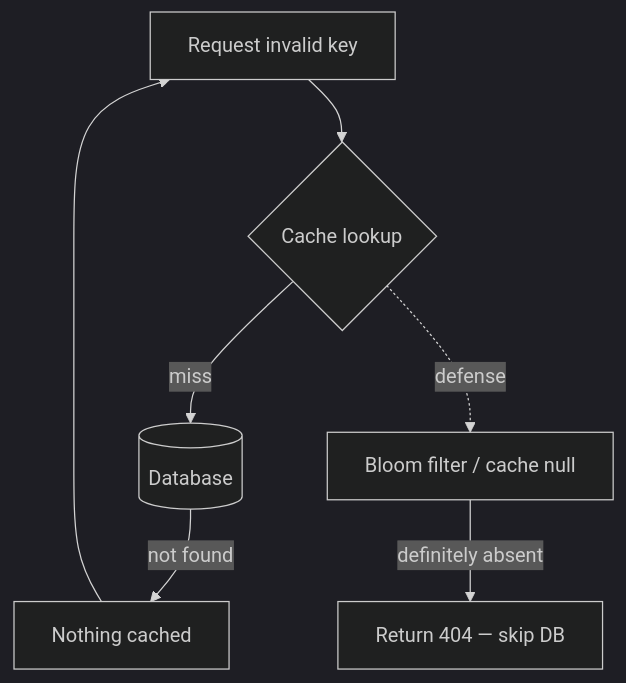
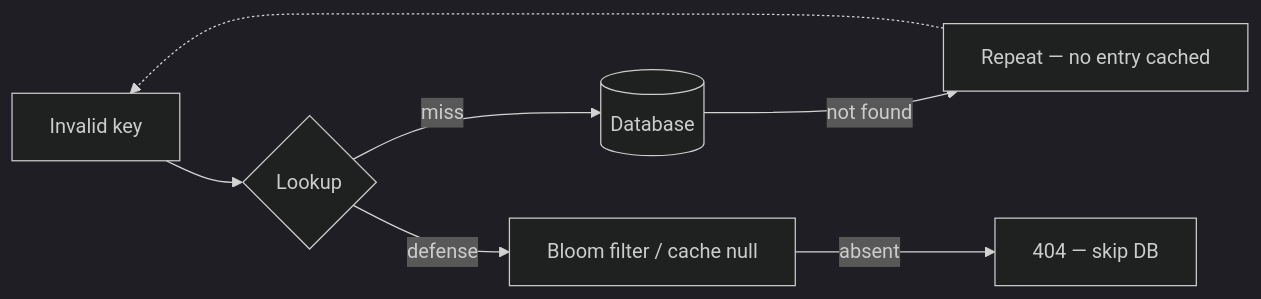
Before and after one commit to hareramcse/SystemDesign: diagram 17 of 21 in 03-caching/README.md, drawn with Mermaid (dark theme). The commit also changed other lines of this file, not shown here.

````diff
--- a/03-caching/README.md
+++ b/03-caching/README.md
@@ -607,9 +544,7 @@
 ```mermaid
-flowchart TB
-    Req[Request invalid key] --> Cache{Cache lookup}
-    Cache -->|miss| DB[(Database)]
-    DB -->|not found| Empty[Nothing cached]
-    Empty --> Req
-    Cache -.->|defense| Bloom[Bloom filter / cache null]
-    Bloom -->|definitely absent| Reject[Return 404 — skip DB]
+flowchart LR
+    Req[Invalid key] --> Cache{Lookup}
+    Cache -->|miss| DB[(Database)] -->|not found| Loop[Repeat — no entry cached]
+    Loop -.-> Req
+    Cache -->|defense| Bloom[Bloom filter / cache null] -->|absent| Reject[404 — skip DB]
 ```
````
